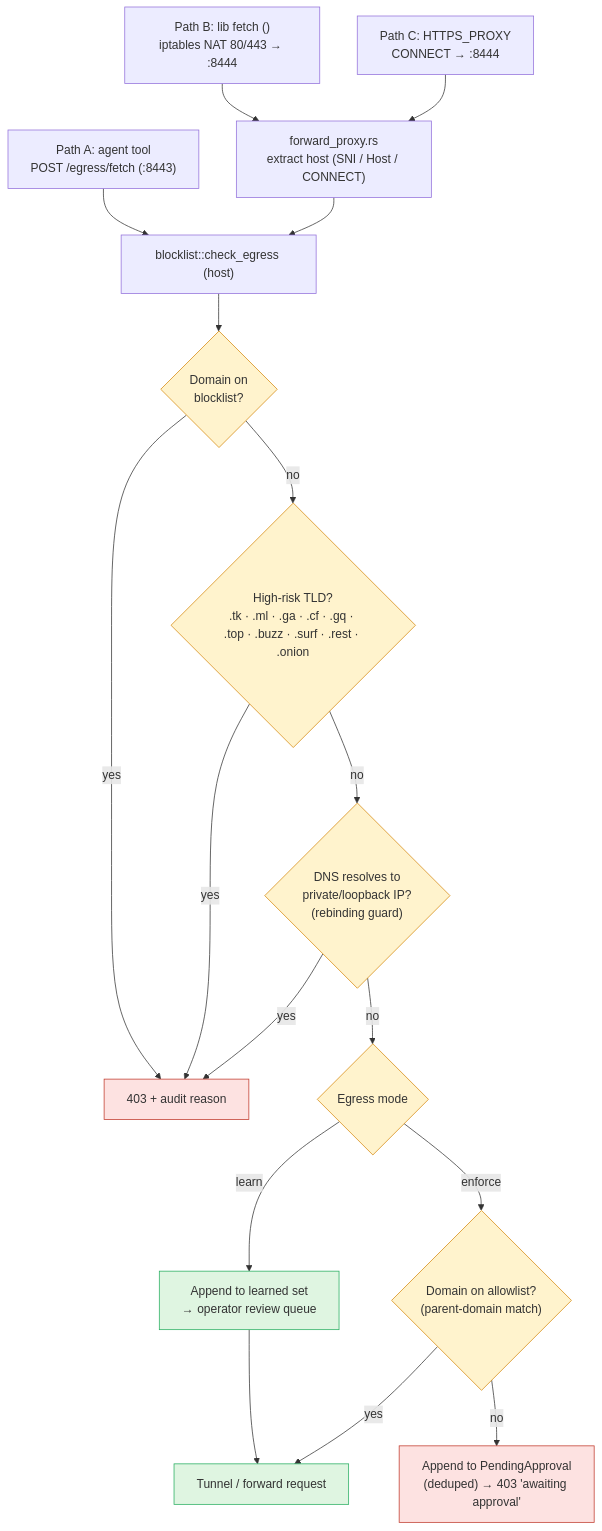
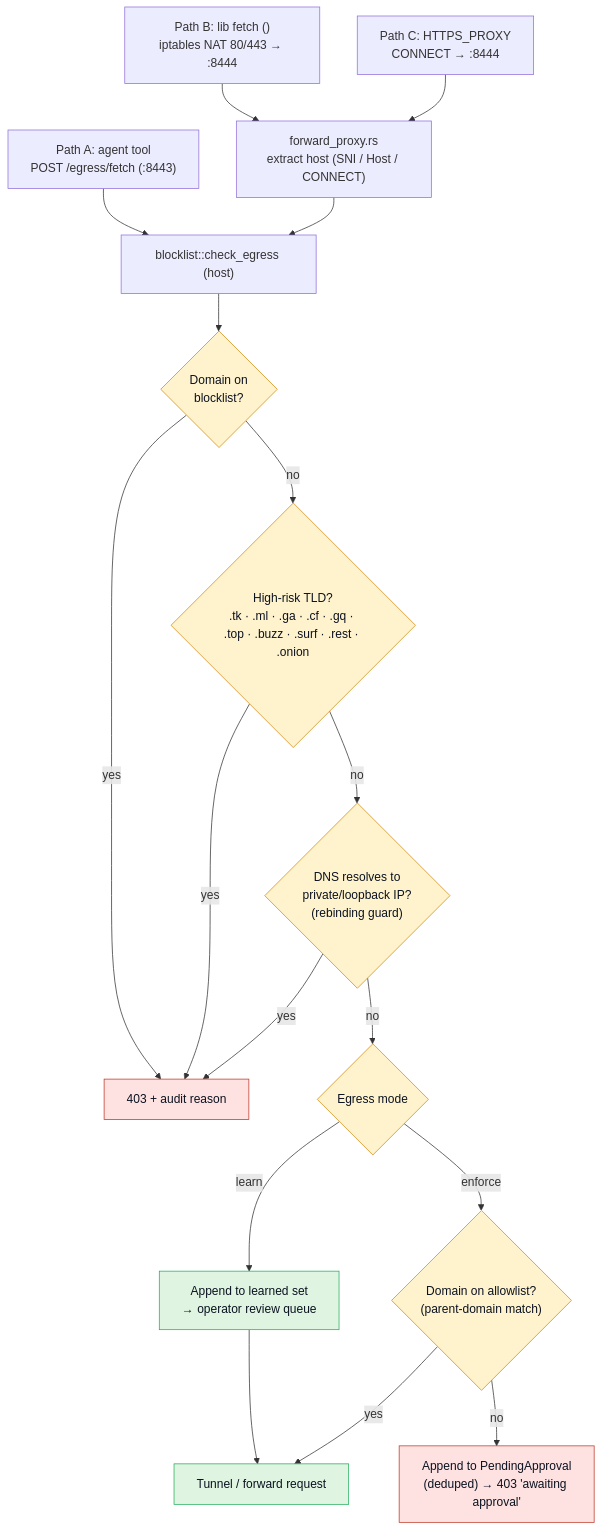
One commit to lachie83/kars changed the first of 2 diagrams in docs/egress-proxy.md. Above: the diagram before and after it, drawn with Mermaid. The commit also changed 175 other files, not shown here.

````diff
--- a/docs/egress-proxy.md
+++ b/docs/egress-proxy.md
@@ -134,27 +134,27 @@
 ```mermaid
 flowchart TD
   A_TOOL["Path A: agent tool<br/>POST /egress/fetch (:8443)"] --> CHECK
   B_NAT["Path B: lib fetch ()<br/>iptables NAT 80/443 → :8444"] --> FP
   C_PROXY["Path C: HTTPS_PROXY<br/>CONNECT → :8444"] --> FP
   FP["forward_proxy.rs<br/>extract host (SNI / Host / CONNECT)"] --> CHECK
 
   CHECK["blocklist::check_egress (host)"] --> BL{"Domain on<br/>blocklist?"}
   BL -->|yes| DENY["403 + audit reason"]
   BL -->|no| TLD{"High-risk TLD?<br/>.tk · .ml · .ga · .cf · .gq · .top · .buzz · .surf · .rest · .onion"}
   TLD -->|yes| DENY
   TLD -->|no| PRIV{"DNS resolves to<br/>private/loopback IP?<br/>(rebinding guard)"}
   PRIV -->|yes| DENY
   PRIV -->|no| MODE{"Egress mode"}
   MODE -->|learn| LOG["Append to learned set<br/>→ operator review queue"]
   LOG --> ALLOW
   MODE -->|enforce| AL{"Domain on allowlist?<br/>(parent-domain match)"}
   AL -->|yes| ALLOW["Tunnel / forward request"]
   AL -->|no| PEND["Append to PendingApproval<br/>(deduped) → 403 'awaiting approval'"]
 
-  classDef bad fill:#fde2e1,stroke:#c0392b
-  classDef good fill:#dff5e1,stroke:#27ae60
-  classDef wait fill:#fff3cd,stroke:#d68910
+  classDef bad fill:#fde2e1,stroke:#c0392b,color:#0b1220
+  classDef good fill:#dff5e1,stroke:#27ae60,color:#0b1220
+  classDef wait fill:#fff3cd,stroke:#d68910,color:#0b1220
   class DENY,PEND bad
   class ALLOW,LOG good
   class MODE,BL,TLD,PRIV,AL wait
 ```
````
